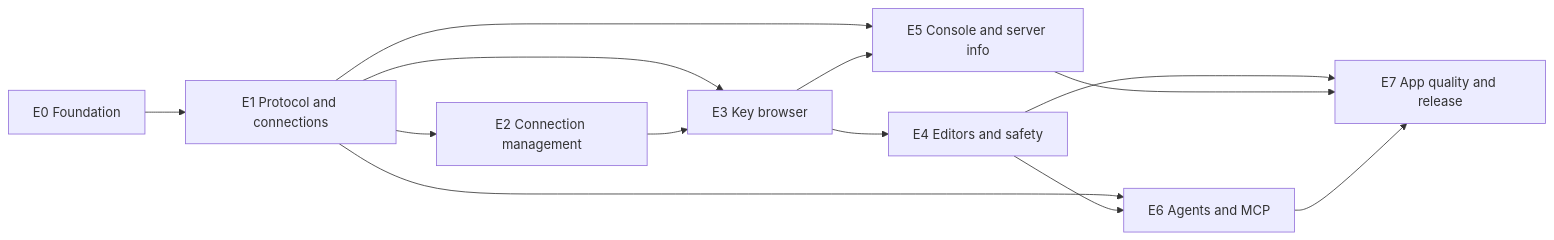
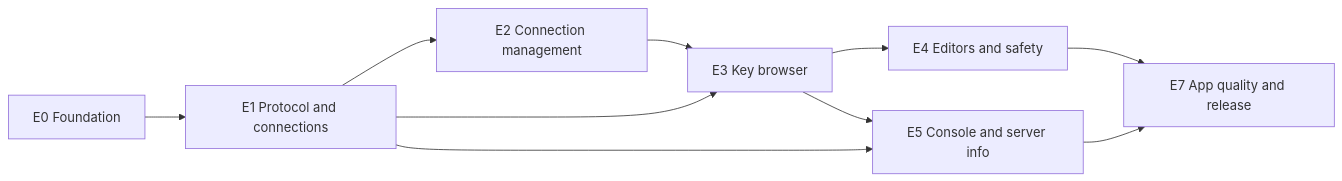
One commit to bearstouch/keel changed the diagram in specs/stories/README.md. Above: the diagram before and after it, drawn with Mermaid. The commit also changed other lines of this file and 66 other files, not shown here.

````diff
--- a/specs/stories/README.md
+++ b/specs/stories/README.md
@@ -108,15 +104,12 @@
 ```mermaid
 flowchart LR
   E0[E0 Foundation] --> E1[E1 Protocol and connections]
   E1 --> E2[E2 Connection management]
   E1 --> E3[E3 Key browser]
   E2 --> E3
   E3 --> E4[E4 Editors and safety]
   E1 --> E5[E5 Console and server info]
   E3 --> E5
-  E1 --> E6[E6 Agents and MCP]
-  E4 --> E6
   E4 --> E7[E7 App quality and release]
   E5 --> E7
-  E6 --> E7
 ```
````
